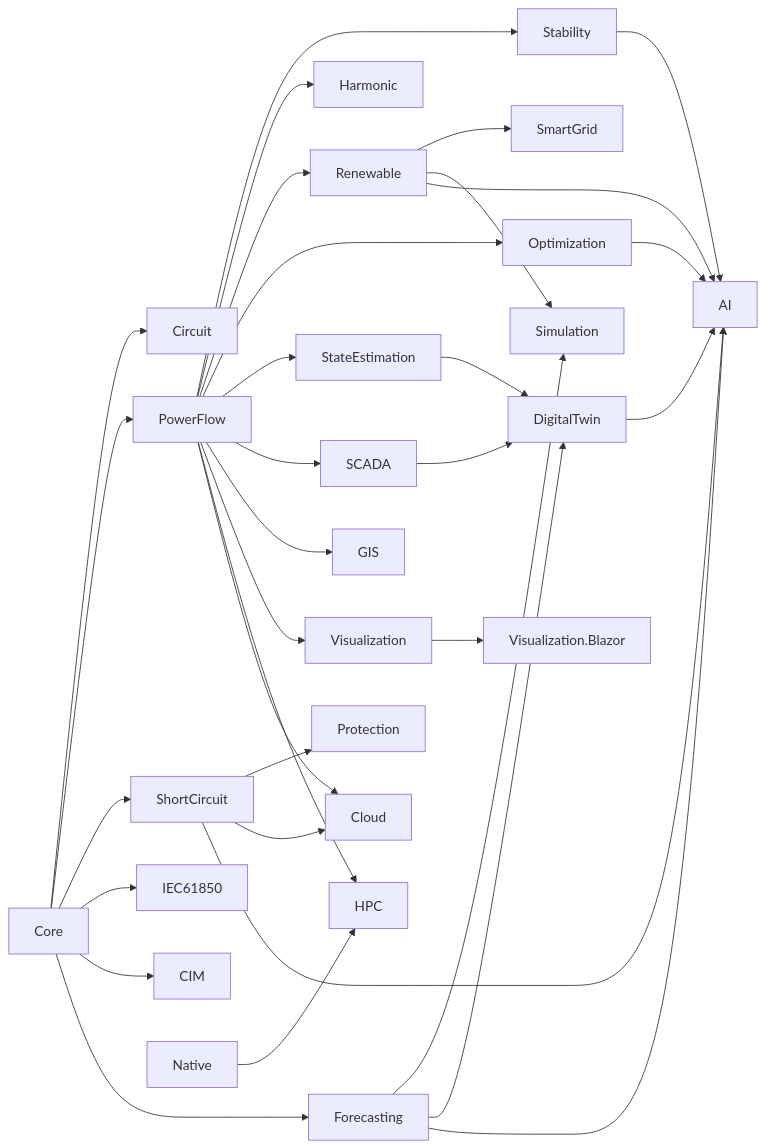
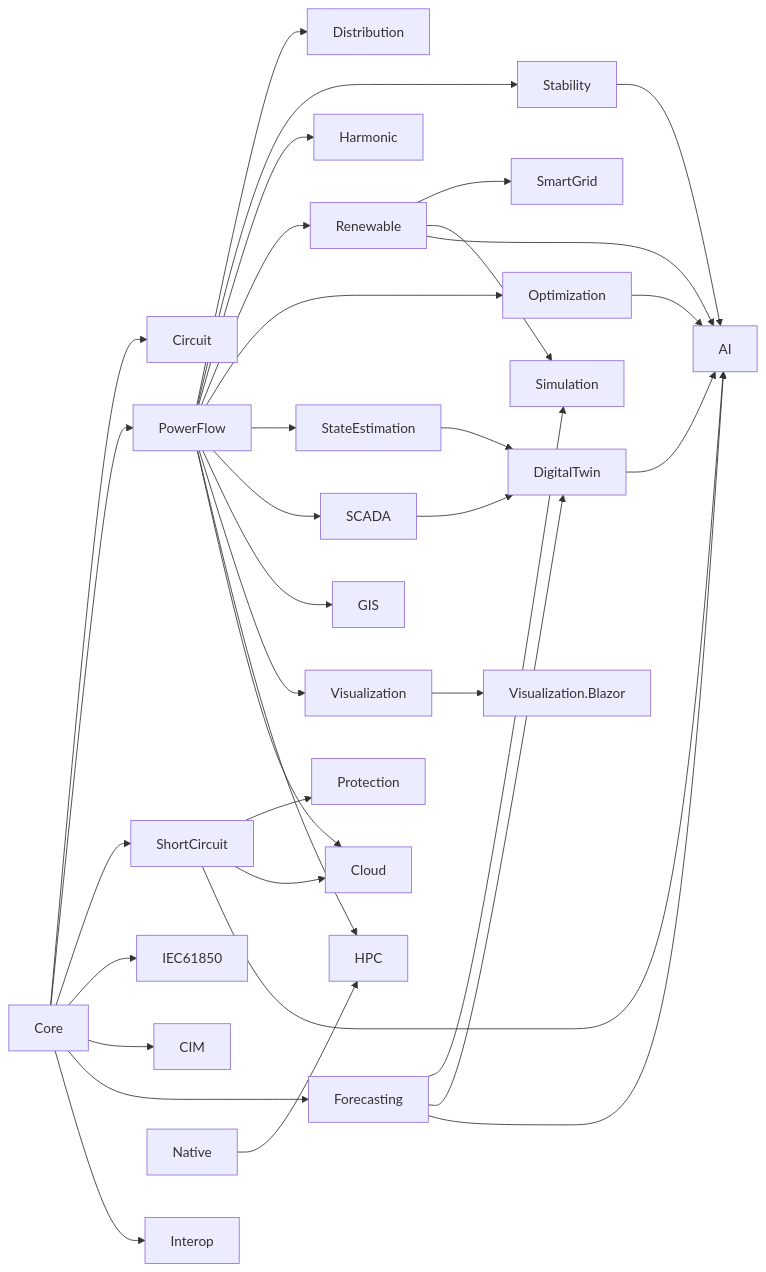
Before and after one commit to DotNetVibeCoderz/Vibe_Components: the diagram in Electrical.Net/docs/en/architecture.md, drawn with Mermaid. The commit also changed 89 other files, not shown here.

````diff
--- a/Electrical.Net/docs/en/architecture.md
+++ b/Electrical.Net/docs/en/architecture.md
@@ -7,35 +7,37 @@
 ```mermaid
 graph LR
     Core --> Circuit
     Core --> PowerFlow
     Core --> ShortCircuit
     Core --> IEC61850
     Core --> CIM
     Core --> Forecasting
+    PowerFlow --> Distribution
+    Core --> Interop
     ShortCircuit --> Protection
     PowerFlow --> Stability
     PowerFlow --> Harmonic
     PowerFlow --> Renewable
     PowerFlow --> Optimization
     PowerFlow --> StateEstimation
     PowerFlow --> SCADA
     PowerFlow --> GIS
     PowerFlow --> Visualization
     Renewable --> SmartGrid
     Renewable --> Simulation
     Forecasting --> Simulation
     PowerFlow --> HPC
     Native --> HPC
     PowerFlow --> Cloud
     ShortCircuit --> Cloud
     StateEstimation --> DigitalTwin
     SCADA --> DigitalTwin
     Forecasting --> DigitalTwin
     ShortCircuit --> AI
     Forecasting --> AI
     DigitalTwin --> AI
     Stability --> AI
     Renewable --> AI
     Optimization --> AI
     Visualization --> VizBlazor[Visualization.Blazor]
 ```
````
